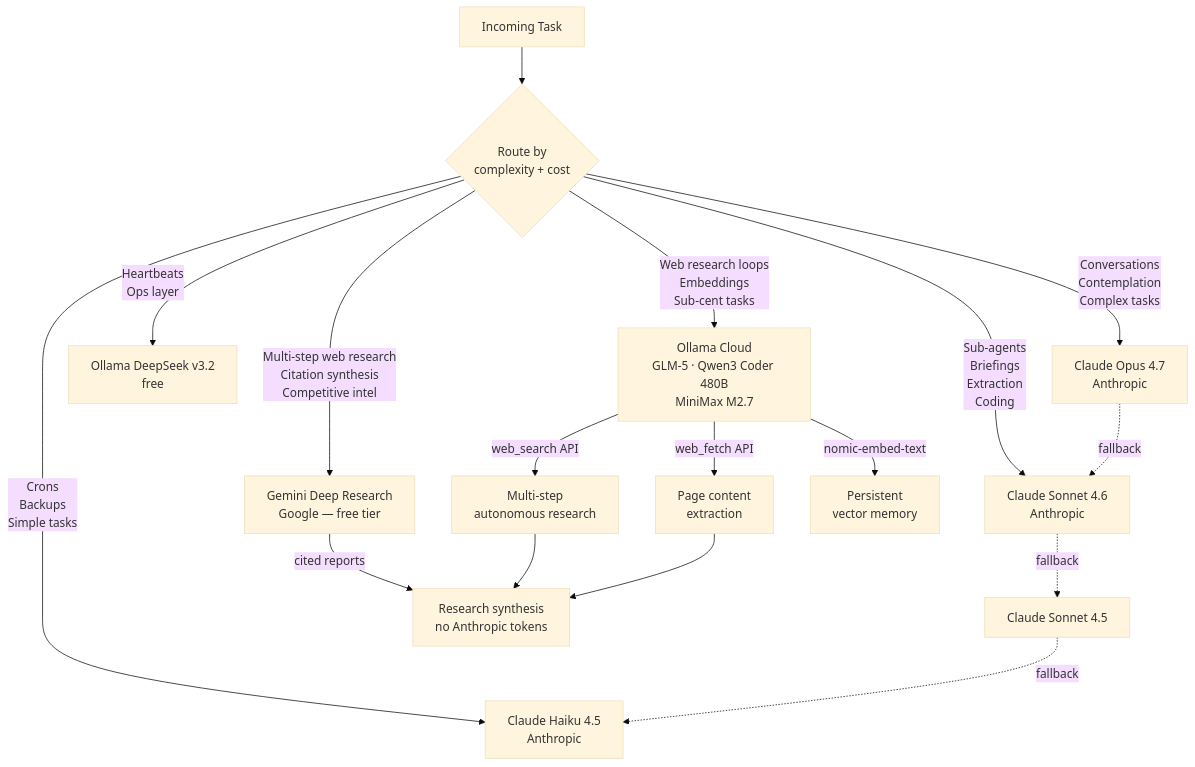
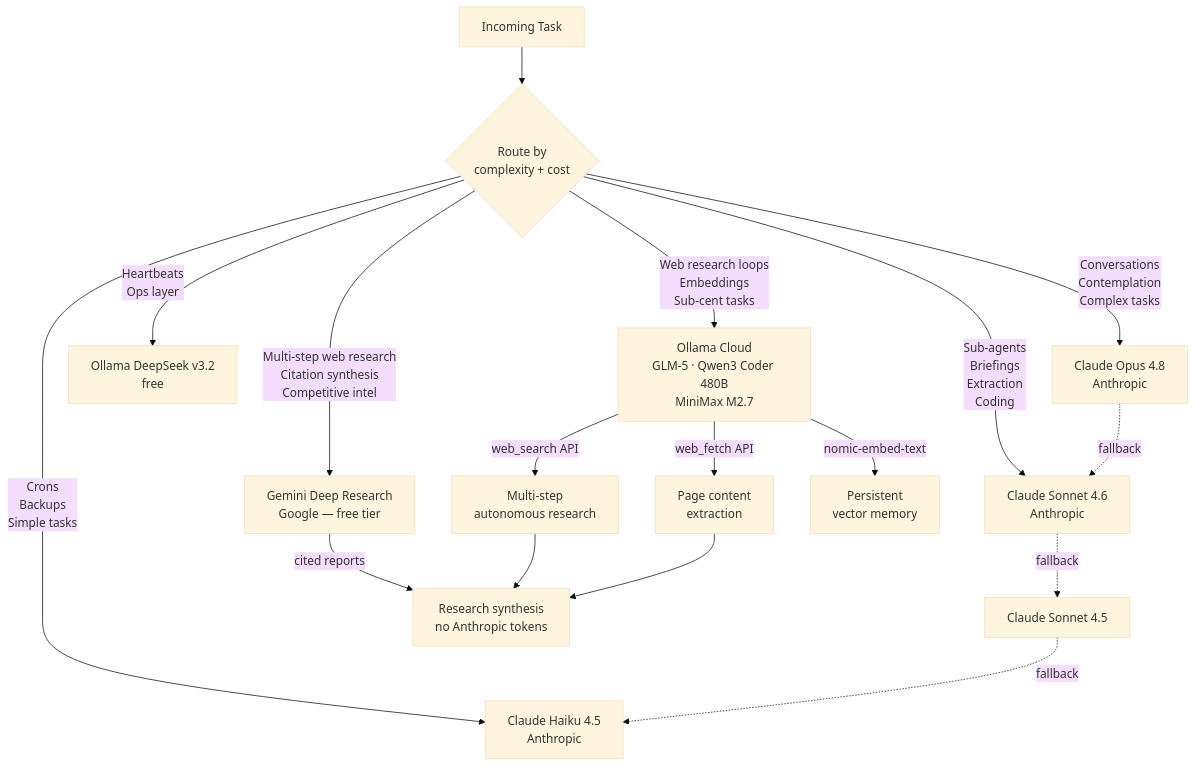
The sixth of 8 diagrams in DIAGRAM.md (VisionaireLabs/Visionaire), drawn with Mermaid (base theme) before and after one commit. The commit also changed other lines of this file and 5 other files, not shown here.

````diff
--- a/DIAGRAM.md
+++ b/DIAGRAM.md
@@ -173,23 +173,23 @@
 ```mermaid
 flowchart TD
     TASK[Incoming Task] --> ROUTE{Route by\ncomplexity + cost}
 
-    ROUTE -->|Conversations\nContemplation\nComplex tasks| OPUS[Claude Opus 4.7\nAnthropic]
+    ROUTE -->|Conversations\nContemplation\nComplex tasks| OPUS[Claude Opus 4.8\nAnthropic]
     ROUTE -->|Sub-agents\nBriefings\nExtraction\nCoding| SONNET[Claude Sonnet 4.6\nAnthropic]
     ROUTE -->|Crons\nBackups\nSimple tasks| HAIKU[Claude Haiku 4.5\nAnthropic]
     ROUTE -->|Heartbeats\nOps layer| DEEPSEEK[Ollama DeepSeek v3.2\nfree]
     ROUTE -->|Web research loops\nEmbeddings\nSub-cent tasks| OLLAMA[Ollama Cloud\nGLM-5 · Qwen3 Coder 480B\nMiniMax M2.7]
     ROUTE -->|Multi-step web research\nCitation synthesis\nCompetitive intel| GEMINI[Gemini Deep Research\nGoogle — free tier]
 
     OPUS -.->|fallback| SONNET
     SONNET -.->|fallback| SONNET45[Claude Sonnet 4.5]
     SONNET45 -.->|fallback| HAIKU
 
     OLLAMA -->|web_search API| WEBSEARCH[Multi-step\nautonomous research]
     OLLAMA -->|web_fetch API| WEBFETCH[Page content\nextraction]
     OLLAMA -->|nomic-embed-text| EMBEDDINGS[Persistent\nvector memory]
     GEMINI -->|cited reports| SYNTHESIS
 
     WEBSEARCH --> SYNTHESIS[Research synthesis\nno Anthropic tokens]
     WEBFETCH --> SYNTHESIS
 ```
````
